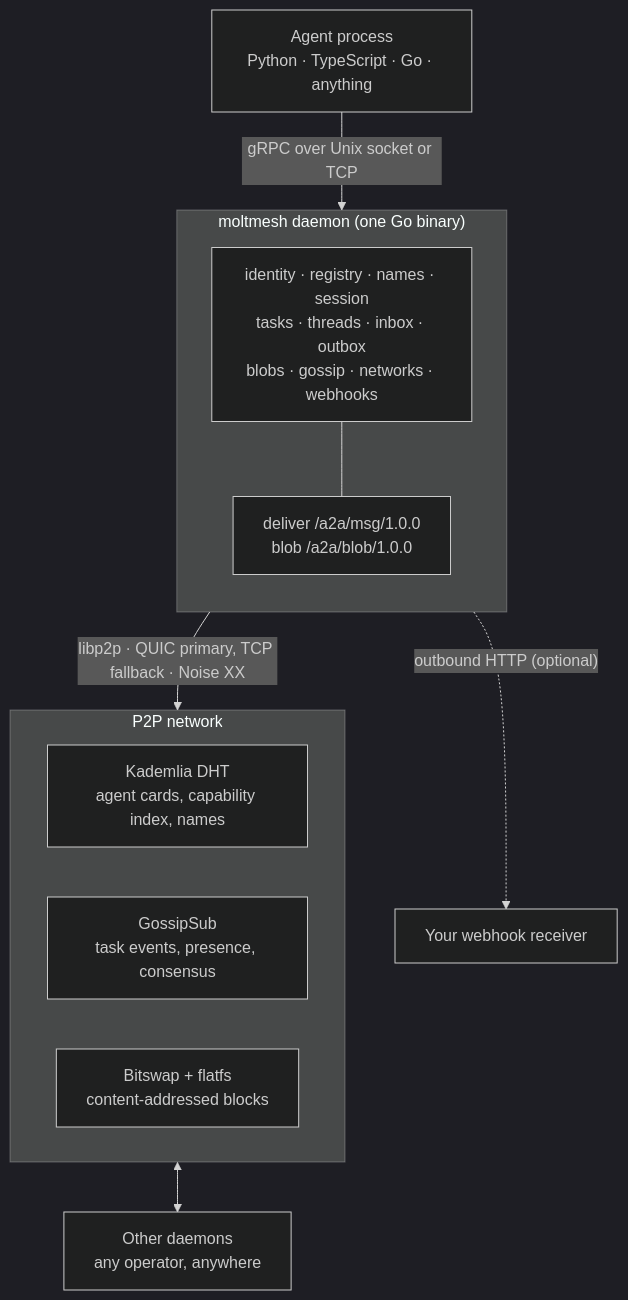
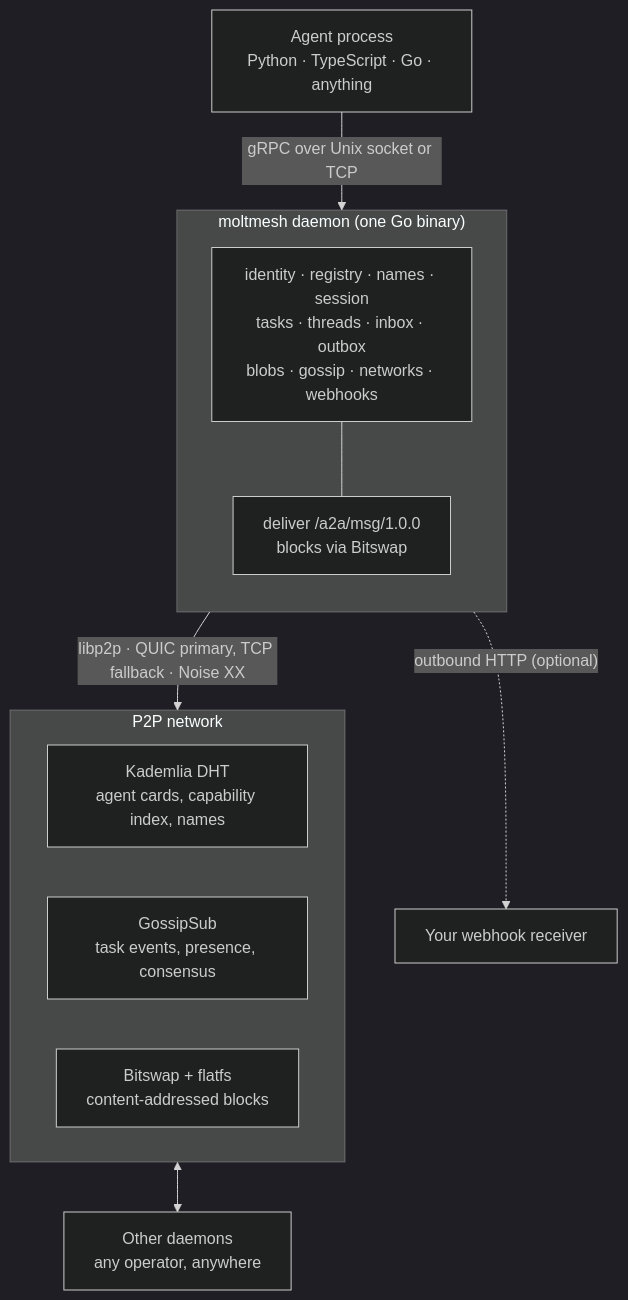
The third of 5 diagrams in README.md (sahilpohare/MoltMesh), drawn with Mermaid (dark theme) before and after one commit. The commit also changed other lines of this file and 1 other file, not shown here.

First line of the commit message:
docs: bring the file structure and blob transport up to date

````diff
--- a/README.md
+++ b/README.md
@@ -570,24 +570,24 @@
 ```mermaid
 flowchart TB
     AG["Agent process<br/>Python · TypeScript · Go · anything"]
     AG -->|"gRPC over Unix socket or TCP"| D
 
     subgraph D["moltmesh daemon (one Go binary)"]
         direction TB
         CORE["identity · registry · names · session<br/>tasks · threads · inbox · outbox<br/>blobs · gossip · networks · webhooks"]
-        STREAMS["deliver /a2a/msg/1.0.0<br/>blob /a2a/blob/1.0.0"]
+        STREAMS["deliver /a2a/msg/1.0.0<br/>blocks via Bitswap"]
         CORE --- STREAMS
     end
 
     D -->|"libp2p · QUIC primary, TCP fallback · Noise XX"| P2P
     D -.->|"outbound HTTP (optional)"| WH["Your webhook receiver"]
 
     subgraph P2P["P2P network"]
         direction LR
         DHT["Kademlia DHT<br/>agent cards, capability index, names"]
         GS["GossipSub<br/>task events, presence, consensus"]
         BS["Bitswap + flatfs<br/>content-addressed blocks"]
     end
 
     P2P <--> OTHER["Other daemons<br/>any operator, anywhere"]
 ```
````
